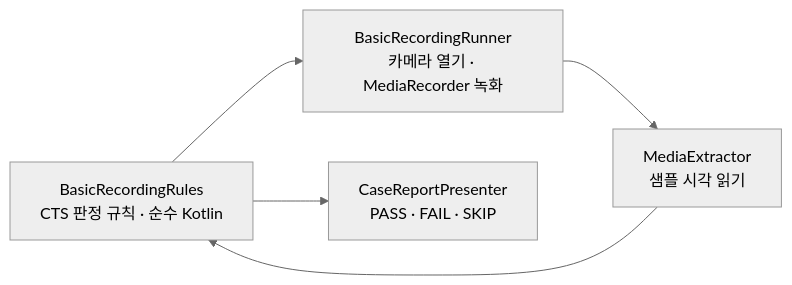
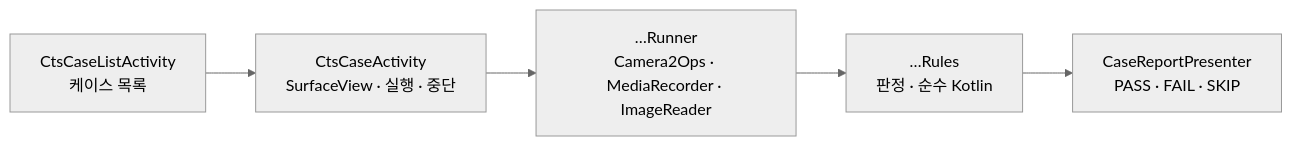
The diagram in guide/cts.md (TTolsun/hal-camera), drawn with Mermaid (neutral theme) before and after one commit. The commit also changed other lines of this file and 10 other files, not shown here.

First line of the commit message:
docs: Describe the CTS case list and the five new cases

````diff
--- a/guide/cts.md
+++ b/guide/cts.md
@@ -8,7 +8,7 @@
 ```mermaid
 flowchart LR
-    A["BasicRecordingRules<br/>CTS 판정 규칙 · 순수 Kotlin"] --> B["BasicRecordingRunner<br/>카메라 열기 · MediaRecorder 녹화"]
-    B --> C["MediaExtractor<br/>샘플 시각 읽기"]
-    C --> A
-    A --> D["CaseReportPresenter<br/>PASS · FAIL · SKIP"]
+    L["CtsCaseListActivity<br/>케이스 목록"] --> A["CtsCaseActivity<br/>SurfaceView · 실행 · 중단"]
+    A --> R["…Runner<br/>Camera2Ops · MediaRecorder · ImageReader"]
+    R --> J["…Rules<br/>판정 · 순수 Kotlin"]
+    J --> P["CaseReportPresenter<br/>PASS · FAIL · SKIP"]
 ```
````
